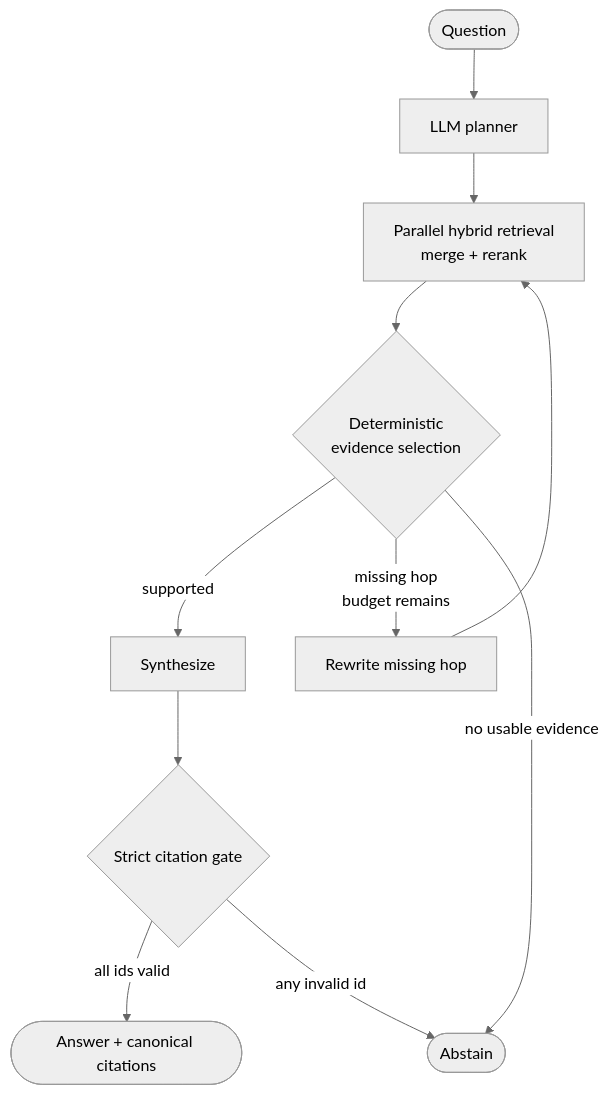
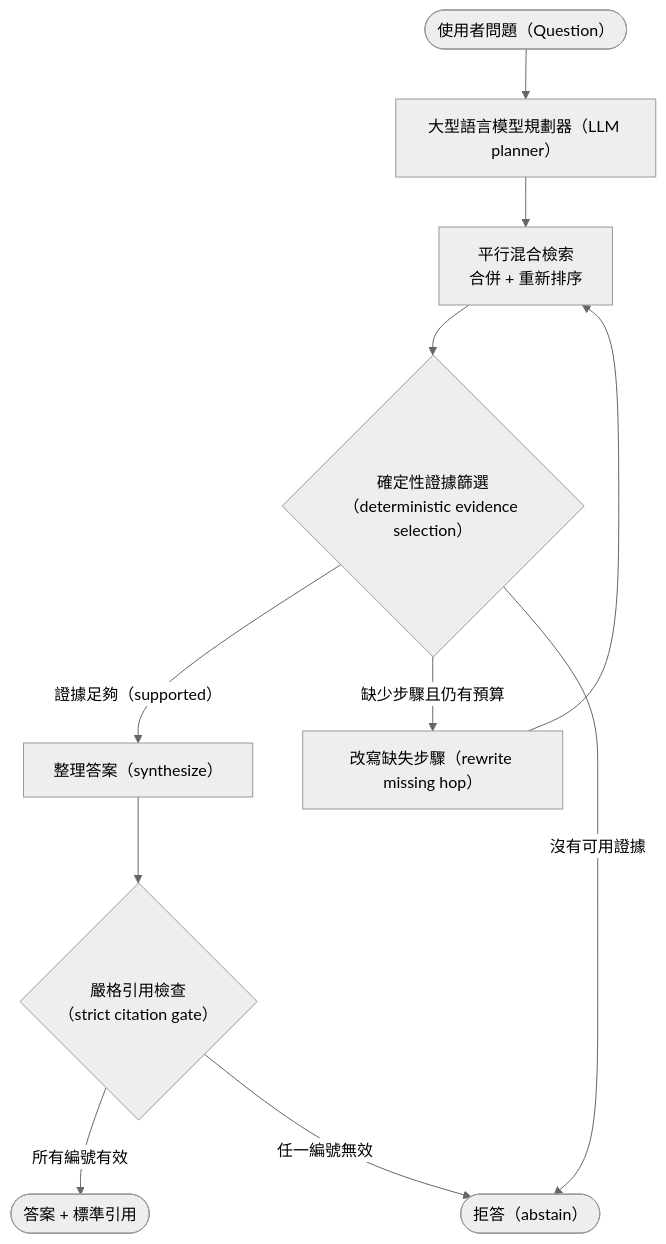
Before and after one commit to haoagentuse-glitch/frus-agentic-rag: the fourth of 5 diagrams in README.md, drawn with Mermaid (neutral theme). The commit also changed other lines of this file, not shown here.

````diff
--- a/README.md
+++ b/README.md
@@ -95,13 +107,13 @@
 ```mermaid
 flowchart TD
-    Q([Question]) --> P[LLM planner]
-    P --> R[Parallel hybrid retrieval<br/>merge + rerank]
-    R --> G{Deterministic<br/>evidence selection}
-    G -->|supported| S[Synthesize]
-    G -->|missing hop<br/>budget remains| W[Rewrite missing hop]
+    Q(["使用者問題（Question）"]) --> P["大型語言模型規劃器（LLM planner）"]
+    P --> R["平行混合檢索<br/>合併 + 重新排序"]
+    R --> G{"確定性證據篩選<br/>（deterministic evidence selection）"}
+    G -->|"證據足夠（supported）"| S["整理答案（synthesize）"]
+    G -->|"缺少步驟且仍有預算"| W["改寫缺失步驟（rewrite missing hop）"]
     W --> R
-    G -->|no usable evidence| X([Abstain])
-    S --> C{Strict citation gate}
-    C -->|all ids valid| O([Answer + canonical citations])
-    C -->|any invalid id| X
+    G -->|"沒有可用證據"| X(["拒答（abstain）"])
+    S --> C{"嚴格引用檢查<br/>（strict citation gate）"}
+    C -->|"所有編號有效"| O(["答案 + 標準引用"])
+    C -->|"任一編號無效"| X
 ```
````
